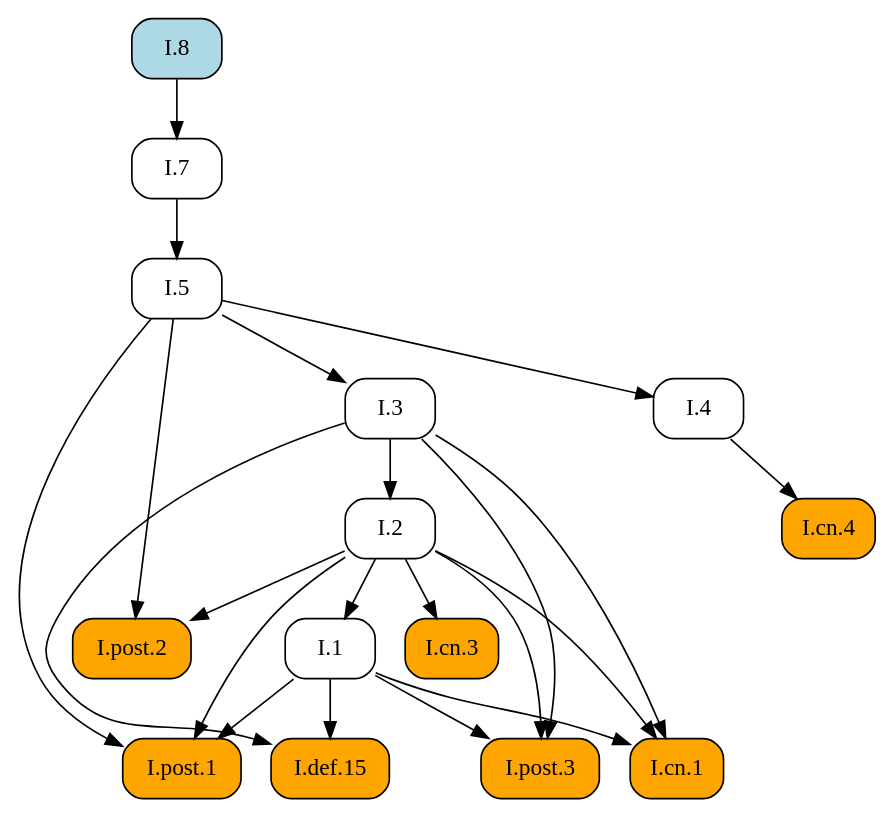
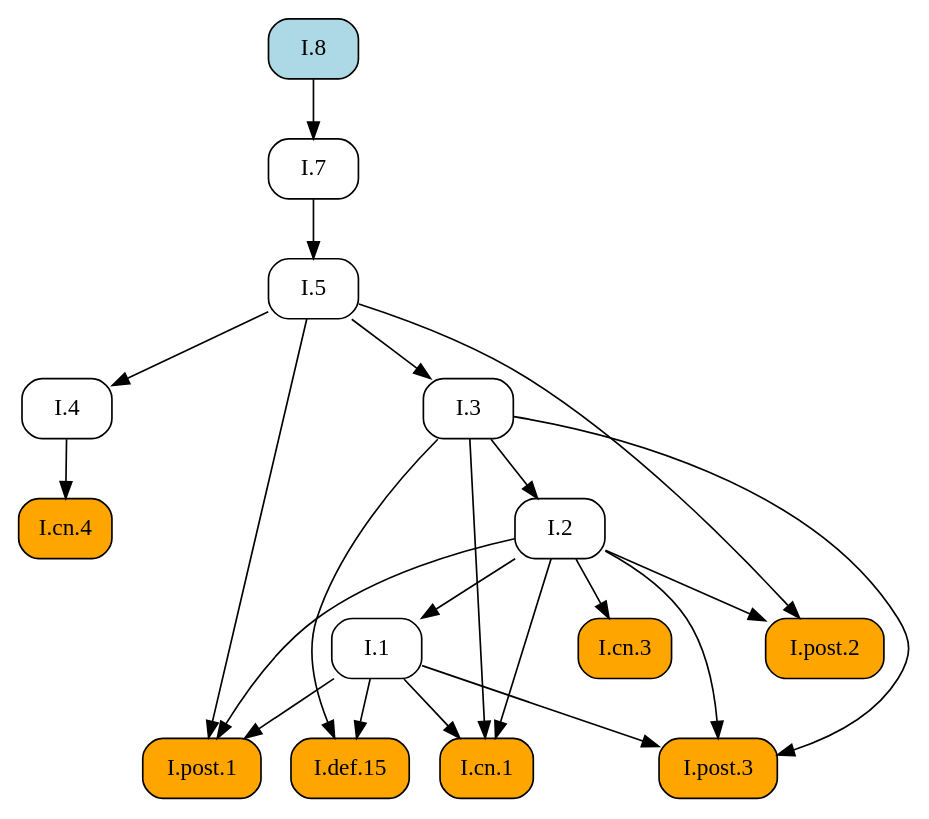
Before and after one commit to geometor/elements: the diagram in docsrc/elements2/I/8/index.rst, drawn with Graphviz. The commit also changed other lines of this file and 171 other files, not shown here.

```diff
--- a/docsrc/elements2/I/8/index.rst
+++ b/docsrc/elements2/I/8/index.rst
@@ -74,41 +74,41 @@
 .. graphviz::
 
    digraph {
      rankdir="TB";
      node [shape=box, style=rounded];
+     "I.8" [style="rounded,filled", fillcolor=lightblue, URL="/elements2/I/8/", target="_top"];
+     "I.2" [URL="/elements2/I/2/", target="_top"];
+     "I.1" [URL="/elements2/I/1/", target="_top"];
+     "I.cn.4" [style="rounded,filled", fillcolor=orange, URL="/elements2/I/cn.4/", target="_top"];
+     "I.cn.3" [style="rounded,filled", fillcolor=orange, URL="/elements2/I/cn.3/", target="_top"];
+     "I.def.15" [style="rounded,filled", fillcolor=orange, URL="/elements2/I/def.15/", target="_top"];
+     "I.4" [URL="/elements2/I/4/", target="_top"];
+     "I.7" [URL="/elements2/I/7/", target="_top"];
+     "I.post.1" [style="rounded,filled", fillcolor=orange, URL="/elements2/I/post.1/", target="_top"];
+     "I.3" [URL="/elements2/I/3/", target="_top"];
      "I.post.2" [style="rounded,filled", fillcolor=orange, URL="/elements2/I/post.2/", target="_top"];
-     "I.1" [URL="/elements2/I/1/", target="_top"];
-     "I.post.1" [style="rounded,filled", fillcolor=orange, URL="/elements2/I/post.1/", target="_top"];
-     "I.7" [URL="/elements2/I/7/", target="_top"];
-     "I.2" [URL="/elements2/I/2/", target="_top"];
+     "I.5" [URL="/elements2/I/5/", target="_top"];
      "I.cn.1" [style="rounded,filled", fillcolor=orange, URL="/elements2/I/cn.1/", target="_top"];
-     "I.3" [URL="/elements2/I/3/", target="_top"];
-     "I.cn.3" [style="rounded,filled", fillcolor=orange, URL="/elements2/I/cn.3/", target="_top"];
-     "I.8" [style="rounded,filled", fillcolor=lightblue, URL="/elements2/I/8/", target="_top"];
-     "I.def.15" [style="rounded,filled", fillcolor=orange, URL="/elements2/I/def.15/", target="_top"];
-     "I.cn.4" [style="rounded,filled", fillcolor=orange, URL="/elements2/I/cn.4/", target="_top"];
      "I.post.3" [style="rounded,filled", fillcolor=orange, URL="/elements2/I/post.3/", target="_top"];
-     "I.5" [URL="/elements2/I/5/", target="_top"];
-     "I.4" [URL="/elements2/I/4/", target="_top"];
-     "I.2" -> "I.post.2";
-     "I.5" -> "I.post.2";
+     "I.3" -> "I.2";
      "I.2" -> "I.1";
+     "I.4" -> "I.cn.4";
+     "I.2" -> "I.cn.3";
+     "I.1" -> "I.def.15";
+     "I.3" -> "I.def.15";
+     "I.5" -> "I.4";
+     "I.8" -> "I.7";
      "I.1" -> "I.post.1";
      "I.2" -> "I.post.1";
      "I.5" -> "I.post.1";
-     "I.8" -> "I.7";
-     "I.3" -> "I.2";
+     "I.5" -> "I.3";
+     "I.2" -> "I.post.2";
+     "I.5" -> "I.post.2";
+     "I.7" -> "I.5";
      "I.1" -> "I.cn.1";
      "I.2" -> "I.cn.1";
      "I.3" -> "I.cn.1";
-     "I.5" -> "I.3";
-     "I.2" -> "I.cn.3";
-     "I.1" -> "I.def.15";
-     "I.3" -> "I.def.15";
-     "I.4" -> "I.cn.4";
      "I.1" -> "I.post.3";
      "I.2" -> "I.post.3";
      "I.3" -> "I.post.3";
-     "I.7" -> "I.5";
-     "I.5" -> "I.4";
    }
```
